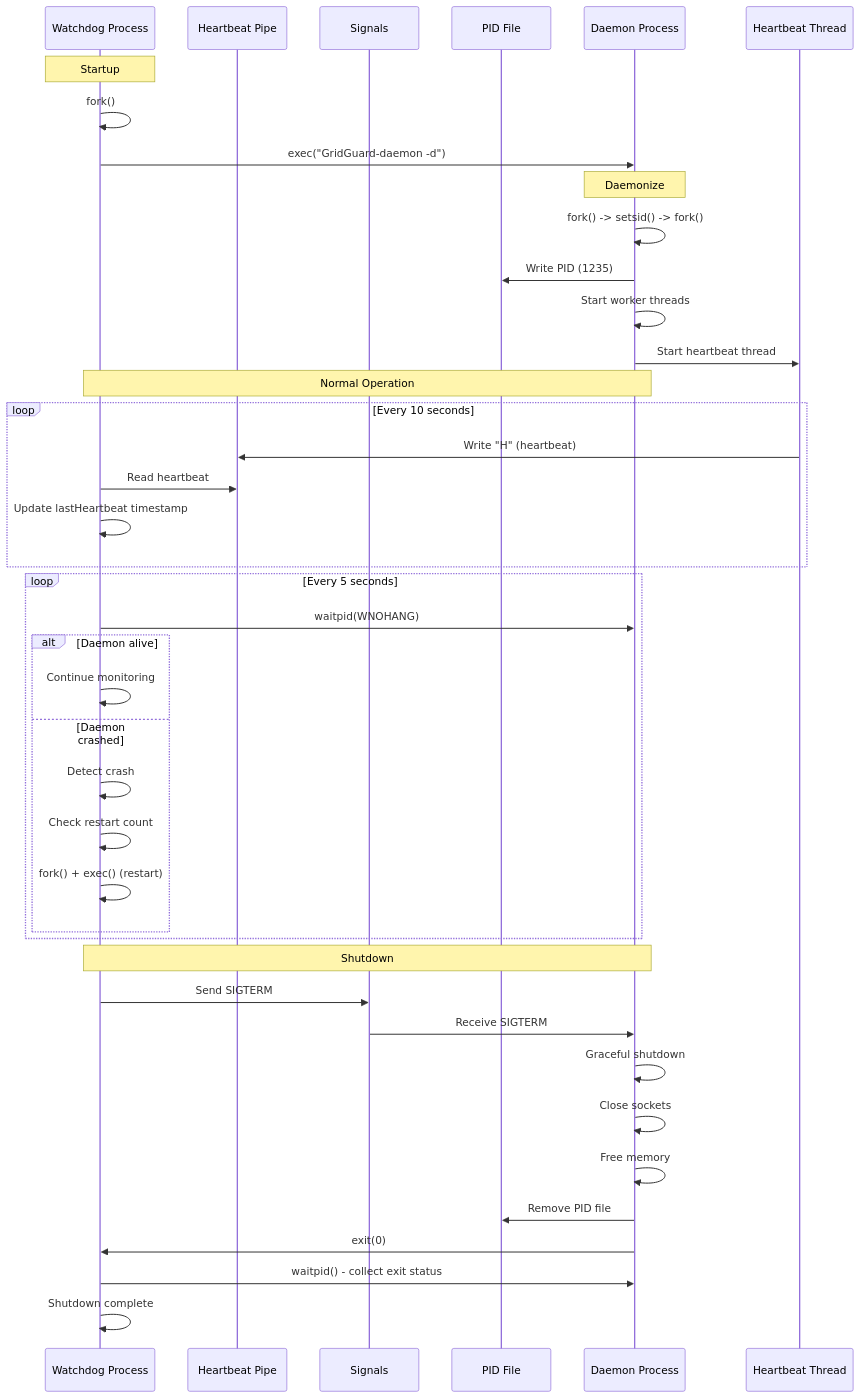
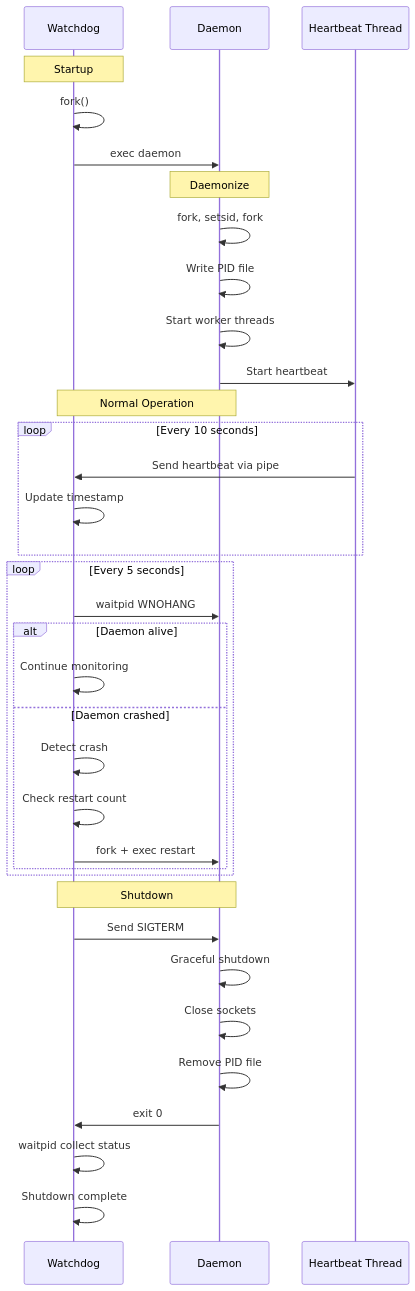
The third of 4 diagrams in docs/DAEMON_WATCHDOG.md (allejako/GridGuard), drawn with Mermaid before and after one commit. The commit also changed other lines of this file, not shown here.

Commit message:
Add daemon/watchdog architecture docs/diagrams

````diff
--- a/docs/DAEMON_WATCHDOG.md
+++ b/docs/DAEMON_WATCHDOG.md
@@ -139,48 +113,42 @@
 ```mermaid
 sequenceDiagram
-    participant WD as Watchdog Process
-    participant PIPE as Heartbeat Pipe
-    participant SIG as Signals
-    participant PID as PID File
-    participant D as Daemon Process
+    participant WD as Watchdog
+    participant D as Daemon
     participant HB as Heartbeat Thread
 
     Note over WD: Startup
     WD->>WD: fork()
-    WD->>D: exec("GridGuard-daemon -d")
+    WD->>D: exec daemon
 
     Note over D: Daemonize
-    D->>D: fork() -> setsid() -> fork()
-    D->>PID: Write PID (1235)
+    D->>D: fork, setsid, fork
+    D->>D: Write PID file
     D->>D: Start worker threads
-    D->>HB: Start heartbeat thread
+    D->>HB: Start heartbeat
 
     Note over WD,D: Normal Operation
     loop Every 10 seconds
-        HB->>PIPE: Write "H" (heartbeat)
-        WD->>PIPE: Read heartbeat
-        WD->>WD: Update lastHeartbeat timestamp
+        HB->>WD: Send heartbeat via pipe
+        WD->>WD: Update timestamp
     end
 
     loop Every 5 seconds
-        WD->>D: waitpid(WNOHANG)
+        WD->>D: waitpid WNOHANG
         alt Daemon alive
             WD->>WD: Continue monitoring
         else Daemon crashed
             WD->>WD: Detect crash
             WD->>WD: Check restart count
-            WD->>WD: fork() + exec() (restart)
+            WD->>D: fork + exec restart
         end
     end
 
     Note over WD,D: Shutdown
-    WD->>SIG: Send SIGTERM
-    SIG->>D: Receive SIGTERM
+    WD->>D: Send SIGTERM
     D->>D: Graceful shutdown
     D->>D: Close sockets
-    D->>D: Free memory
-    D->>PID: Remove PID file
-    D->>WD: exit(0)
-    WD->>D: waitpid() - collect exit status
+    D->>D: Remove PID file
+    D->>WD: exit 0
+    WD->>WD: waitpid collect status
     WD->>WD: Shutdown complete
 ```
````
